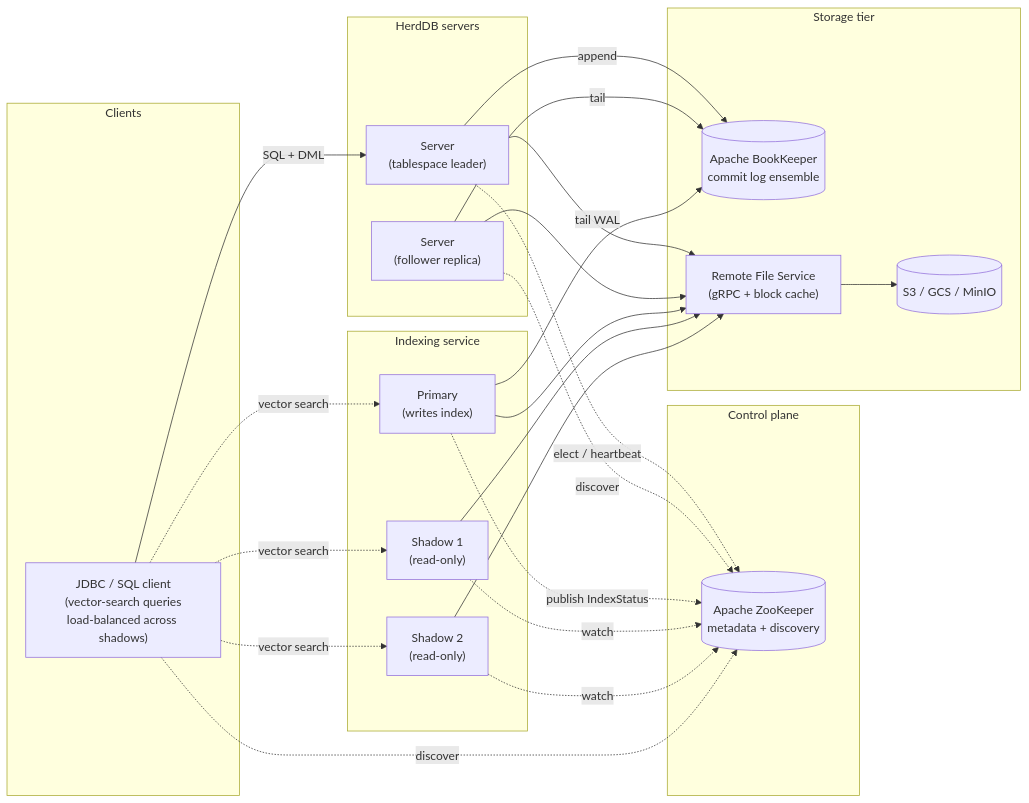
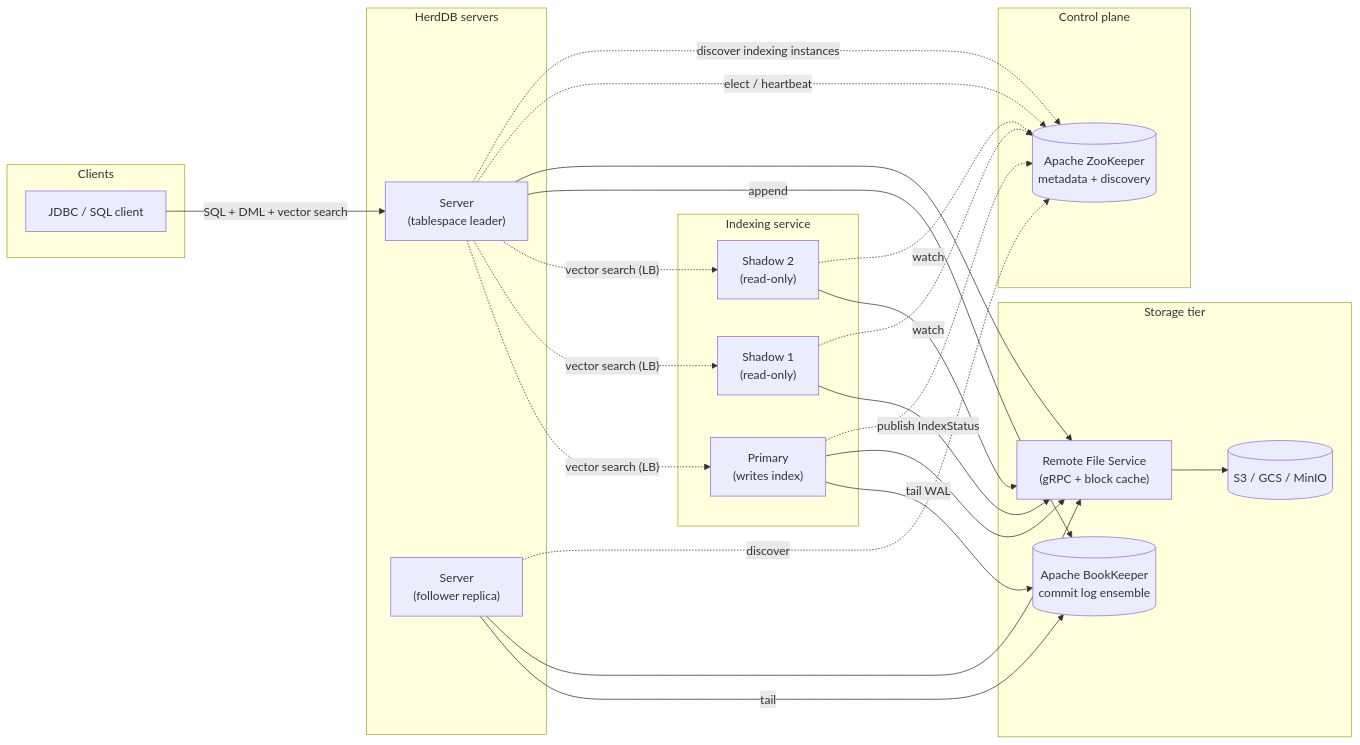
One commit to eolivelli/herddb changed the first of 5 diagrams in README.md. Above: the diagram before and after it, drawn with Mermaid. The commit also changed other lines of this file, not shown here.

First line of the commit message:
README: fix vector-search LB attribution (server, not JDBC client)

````diff
--- a/README.md
+++ b/README.md
@@ -57,50 +57,50 @@
 ```mermaid
 flowchart LR
   subgraph Clients
-    CLI["JDBC / SQL client<br/>(vector-search queries<br/>load-balanced across shadows)"]
+    CLI["JDBC / SQL client"]
   end
 
   subgraph "Control plane"
     ZK[("Apache ZooKeeper<br/>metadata + discovery")]
   end
 
   subgraph "HerdDB servers"
     Leader["Server<br/>(tablespace leader)"]
     Replica["Server<br/>(follower replica)"]
   end
 
   subgraph "Indexing service"
     ISvcP["Primary<br/>(writes index)"]
     ISvcS1["Shadow 1<br/>(read-only)"]
     ISvcS2["Shadow 2<br/>(read-only)"]
   end
 
   subgraph "Storage tier"
     BK[("Apache BookKeeper<br/>commit log ensemble")]
     RFS["Remote File Service<br/>(gRPC + block cache)"]
     OBJ[("S3 / GCS / MinIO")]
   end
 
-  CLI -->|SQL + DML| Leader
-  CLI -. vector search .-> ISvcP
-  CLI -. vector search .-> ISvcS1
-  CLI -. vector search .-> ISvcS2
+  CLI -->|SQL + DML + vector search| Leader
+  Leader -. vector search (LB) .-> ISvcP
+  Leader -. vector search (LB) .-> ISvcS1
+  Leader -. vector search (LB) .-> ISvcS2
 
   Leader -->|append| BK
   Replica -->|tail| BK
   ISvcP -->|tail WAL| BK
 
   Leader --> RFS
   Replica --> RFS
   ISvcP --> RFS
   ISvcS1 --> RFS
   ISvcS2 --> RFS
   RFS --> OBJ
 
   Leader -. elect / heartbeat .-> ZK
   Replica -. discover .-> ZK
+  Leader -. discover indexing instances .-> ZK
   ISvcP -. publish IndexStatus .-> ZK
   ISvcS1 -. watch .-> ZK
   ISvcS2 -. watch .-> ZK
-  CLI -. discover .-> ZK
 ```
````
